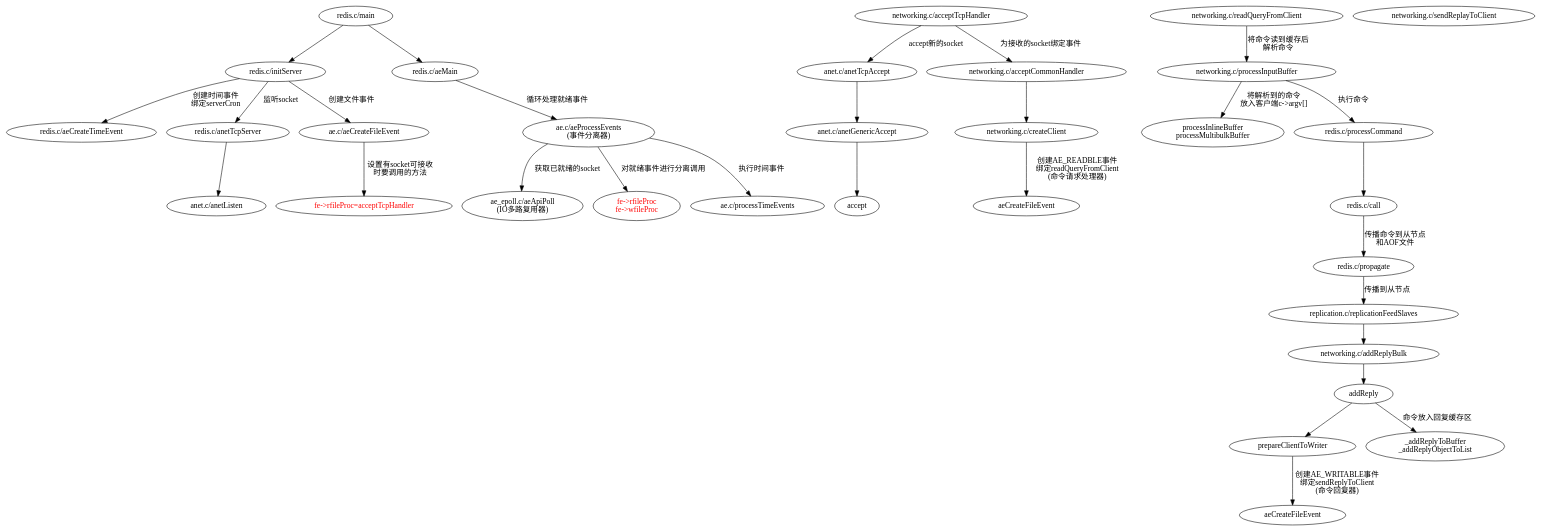
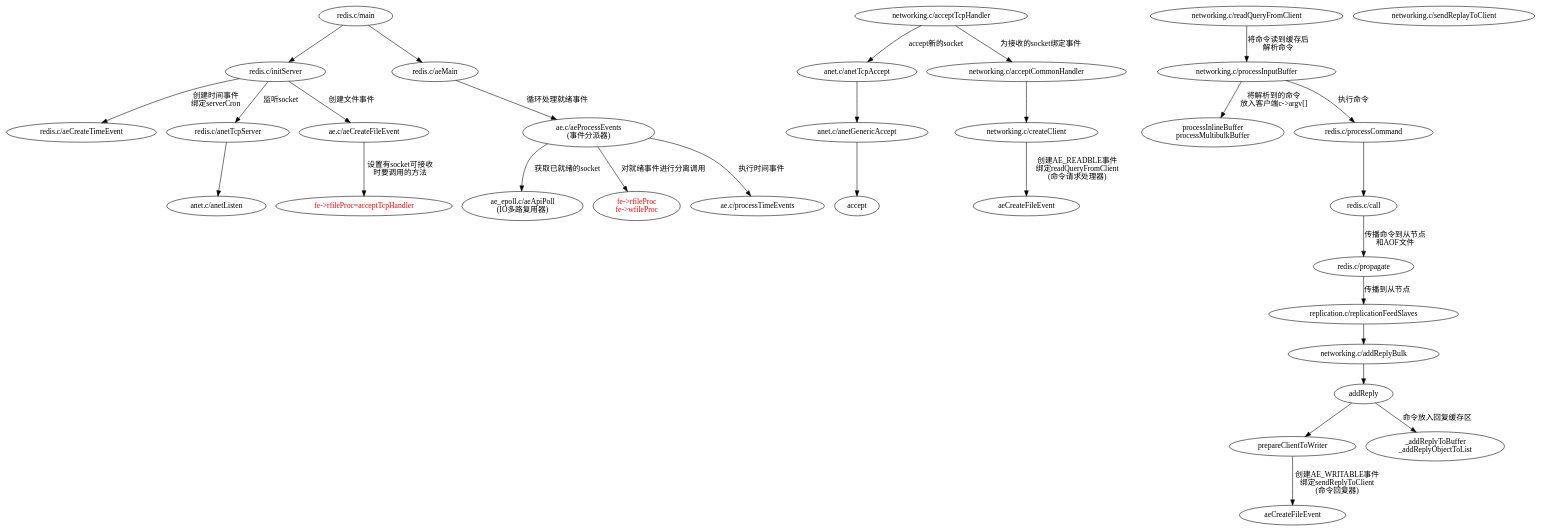
The diagram in REDIS/redis_graph.dot (deyimsf/journal), drawn with Graphviz before and after one commit.

```diff
--- a/REDIS/redis_graph.dot
+++ b/REDIS/redis_graph.dot
@@ -1,80 +1,80 @@
 digraph redis{
 
 	redis[label="redis.c/main"];
 	//初始化服务器
     initServer[label="redis.c/initServer"];
 	aeCreateTimeEvent[label="redis.c/aeCreateTimeEvent"];
 	anetTcpServer[label="redis.c/anetTcpServer"];
 	anetListen[label="anet.c/anetListen"]; 
     initAcceptHandler[label="fe-\>rfileProc=acceptTcpHandler",fontcolor="red"];
 	
     //关联时间事件
  	redis->initServer;  
 	initServer->aeCreateTimeEvent[label="创建时间事件\n绑定serverCron"]; 
 
 	 //监听socket
 	initServer->anetTcpServer[label="监听socket"];
 	anetTcpServer->anetListen; 
 	aeCreateFileEvent[label="ae.c/aeCreateFileEvent"];	
 	initServer->aeCreateFileEvent[label="创建文件事件"];		
 	aeCreateFileEvent->initAcceptHandler[label="设置有socket可接收\n时要调用的方法"];
 	
 	//循环处理事件
 	aeMain[label="redis.c/aeMain"];
-	aeProcessEvents[label="ae.c/aeProcessEvents\n(事件分离器)"];
+	aeProcessEvents[label="ae.c/aeProcessEvents\n(事件分派器)"];
 	redis->aeMain;
 	aeMain->aeProcessEvents[label="循环处理就绪事件"];
 
 	aeApiPoll[label="ae_epoll.c/aeApiPoll\n(IO多路复用器)"];
 	fileProc[label="fe-\>rfileProc\nfe-\>wfileProc",fontcolor="red"];	
 	processTimeEvents[label="ae.c/processTimeEvents"];
     aeProcessEvents->aeApiPoll[label="获取已就绪的socket"];
     aeProcessEvents->fileProc[label="对就绪事件进行分离调用"]; 	
 	aeProcessEvents->processTimeEvents[label="执行时间事件"];	
 
 	//接收客户端
 	acceptTcpHandler[label="networking.c/acceptTcpHandler"];
 	anetTcpAccept[label="anet.c/anetTcpAccept"];
 	anetGenericAccept[label="anet.c/anetGenericAccept"];	
  	acceptTcpHandler->anetTcpAccept[label="accept新的socket"];
 	anetTcpAccept->anetGenericAccept->accept;
 	
 	//接收完客户端后，为该socket绑定事件
 	acceptCommonHandler[label="networking.c/acceptCommonHandler"];
 	createClient[label="networking.c/createClient"];
 	aeCreateFileEvent_1[label="aeCreateFileEvent"];
 	acceptTcpHandler->acceptCommonHandler[label="为接收的socket绑定事件"];
 	acceptCommonHandler->createClient;
 	createClient->aeCreateFileEvent_1[label="创建AE_READBLE事件\n绑定readQueryFromClient\n(命令请求处理器)"];
 
 	//命令请求处理器
 	readQueryFromClient[label="networking.c/readQueryFromClient"]
 	processInputBuffer[label="networking.c/processInputBuffer"];
 	readQueryFromClient->processInputBuffer[label="将命令读到缓存后\n解析命令"];
 	processInputBuffer->"processInlineBuffer\nprocessMultibulkBuffer"[label="将解析到的命令\n放入客户端c-\>argv\[\]"];
 	
 	//执行命令
 	processCommand[label="redis.c/processCommand"];
 	call[label="redis.c/call"];
 	propagate[label="redis.c/propagate"];
 	replicationFeedSlaves[label="replication.c/replicationFeedSlaves"];
 	addReplyBulk[label="networking.c/addReplyBulk"];
 	prepareClientToWriter[label="prepareClientToWriter"];
 	aeCreateFileEvent_2[label="aeCreateFileEvent"];
 
 	processInputBuffer->processCommand[label="执行命令"];
 	processCommand->call[];
 	call->propagate[label="传播命令到从节点\n和AOF文件"];		
 	propagate->replicationFeedSlaves[label="传播到从节点"];
 	replicationFeedSlaves->addReplyBulk;
 	//addReplyBulk->addReplyLen;
 	addReplyBulk->addReply;
 	addReply->prepareClientToWriter;
     addReply->"_addReplyToBuffer\n_addReplyObjectToList"[label="命令放入回复缓存区"];
 	prepareClientToWriter->aeCreateFileEvent_2[label="创建AE_WRITABLE事件\n绑定sendReplyToClient\n(命令回复器)"];
 
     
  	//命令回复器
 	sendReplyToClient[label="networking.c/sendReplayToClient"];
 
 }
```
